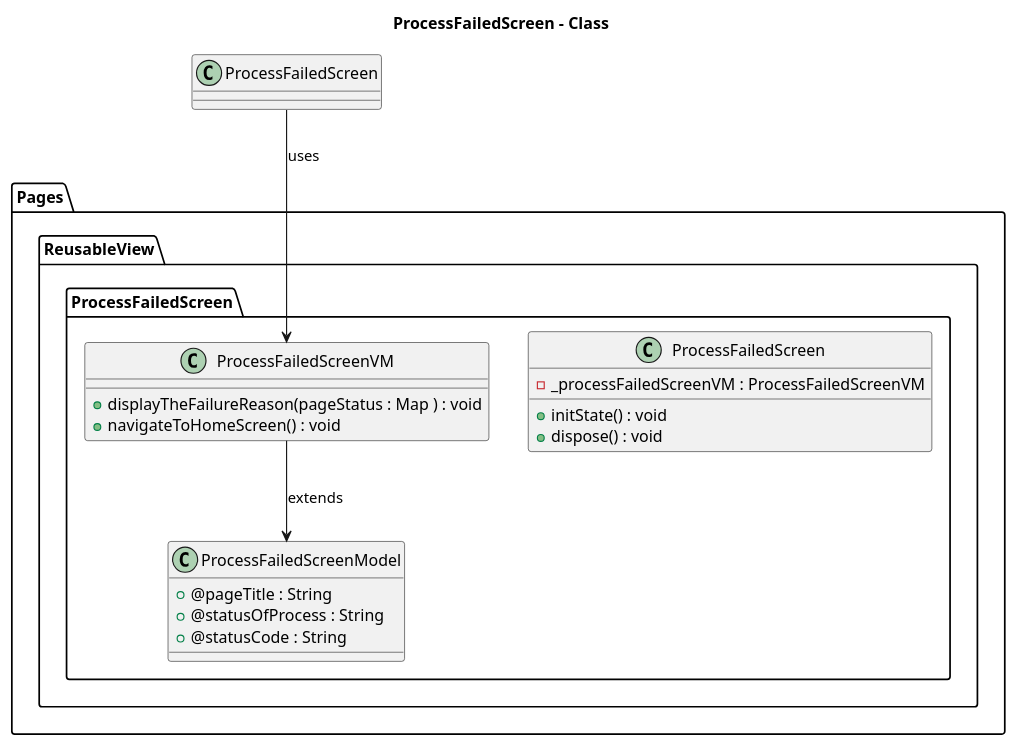
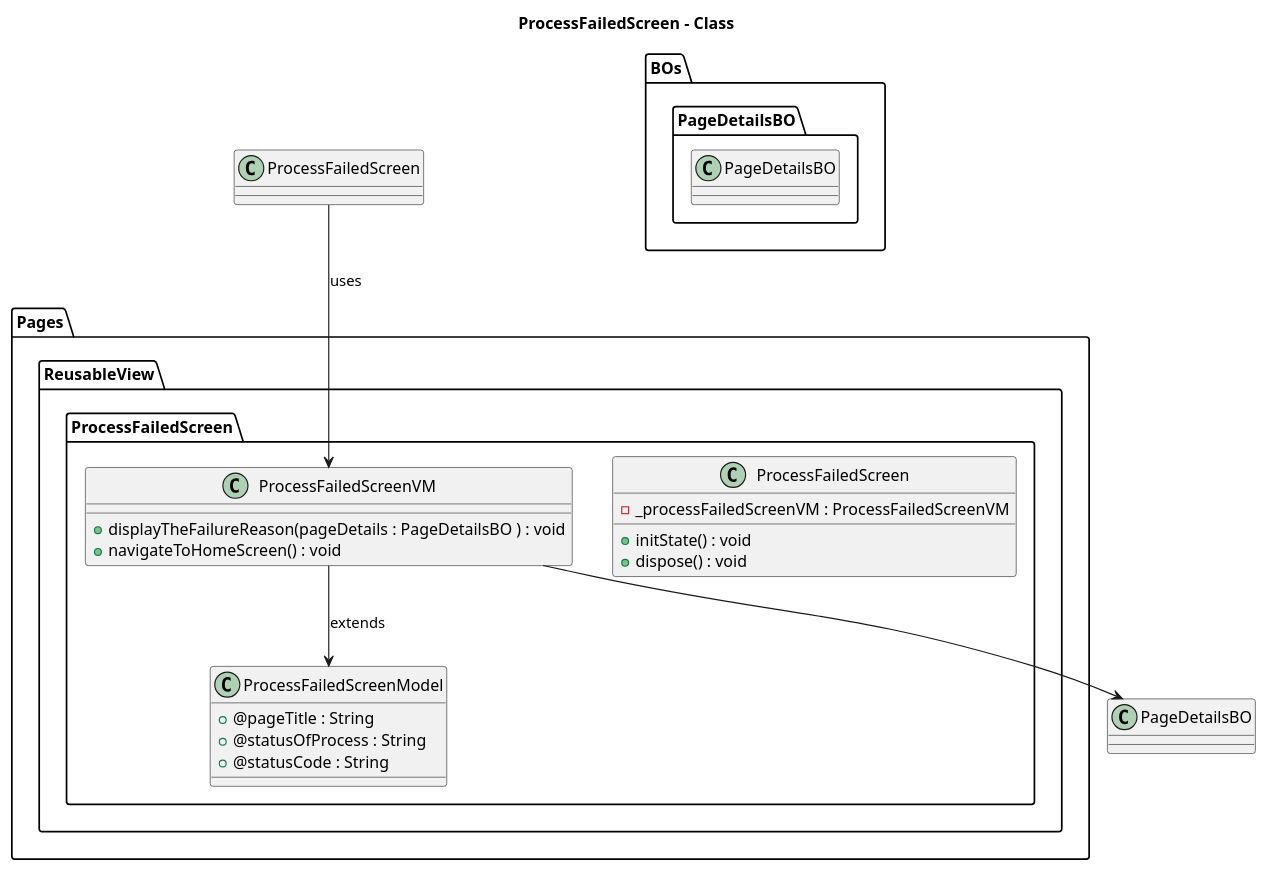
The diagram in lib/Pages/ReusableView/ProcessFailedScreen/Design/ProcessFailedScreen-Class.puml (Judirebecca/Notes-application), drawn with PlantUML before and after one commit. The commit also changed 7 other files, not shown here.

Commit message:
instead of map to send data to failure screen. Created a PageDetailsBO to hold the data of statuscode and page status

```diff
--- a/lib/Pages/ReusableView/ProcessFailedScreen/Design/ProcessFailedScreen-Class.puml
+++ b/lib/Pages/ReusableView/ProcessFailedScreen/Design/ProcessFailedScreen-Class.puml
@@ -1,26 +1,34 @@
 @startuml ProcessFailedScreen - Class 
 title ProcessFailedScreen - Class 
 package Pages{
     package ReusableView{
         package ProcessFailedScreen{
             class ProcessFailedScreen{
                 - _processFailedScreenVM : ProcessFailedScreenVM
                 + initState() : void 
                 + dispose() : void
             }
             class ProcessFailedScreenVM{
-                + displayTheFailureReason(pageStatus : Map ) : void 
+                + displayTheFailureReason(pageDetails : PageDetailsBO ) : void 
                 + navigateToHomeScreen() : void 
             }
             class ProcessFailedScreenModel{
                 + @pageTitle : String 
                 + @statusOfProcess : String 
                 + @statusCode : String
             }
         }
     }
 }
+package BOs{
+    package PageDetailsBO{
+        class PageDetailsBO{
+
+        }
+    }
+}
+ProcessFailedScreenVM --> PageDetailsBO 
 ProcessFailedScreen --> ProcessFailedScreenVM : uses 
 ProcessFailedScreenVM --> ProcessFailedScreenModel : extends 
 
 @enduml
```
